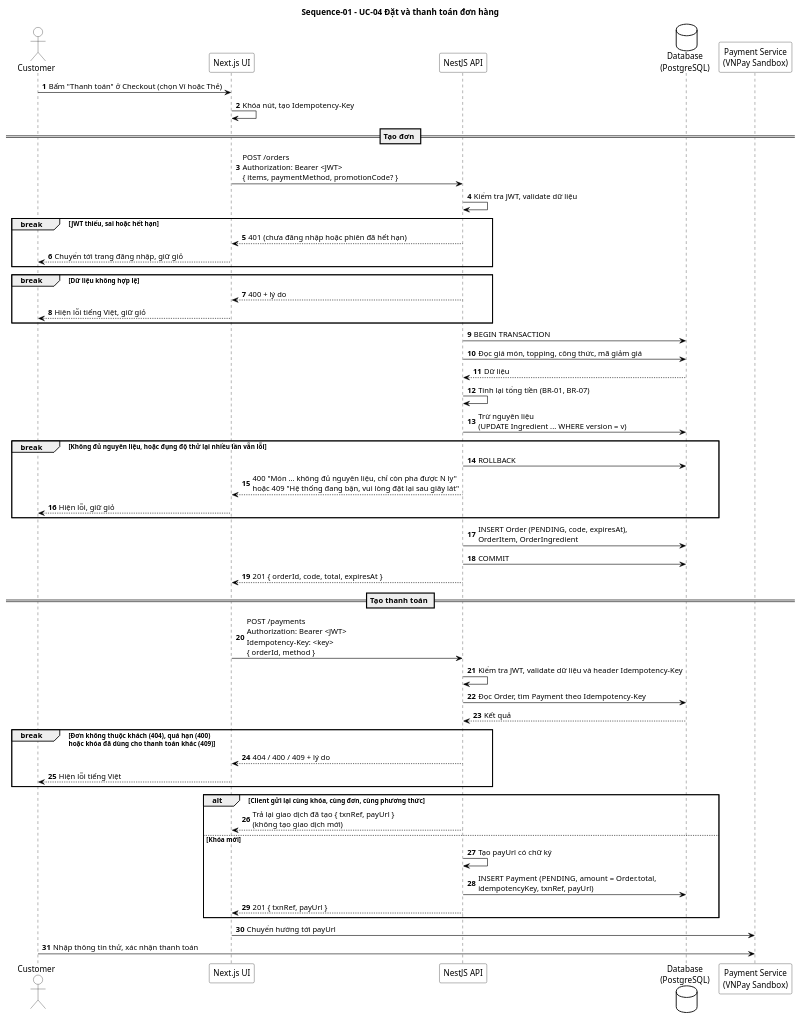
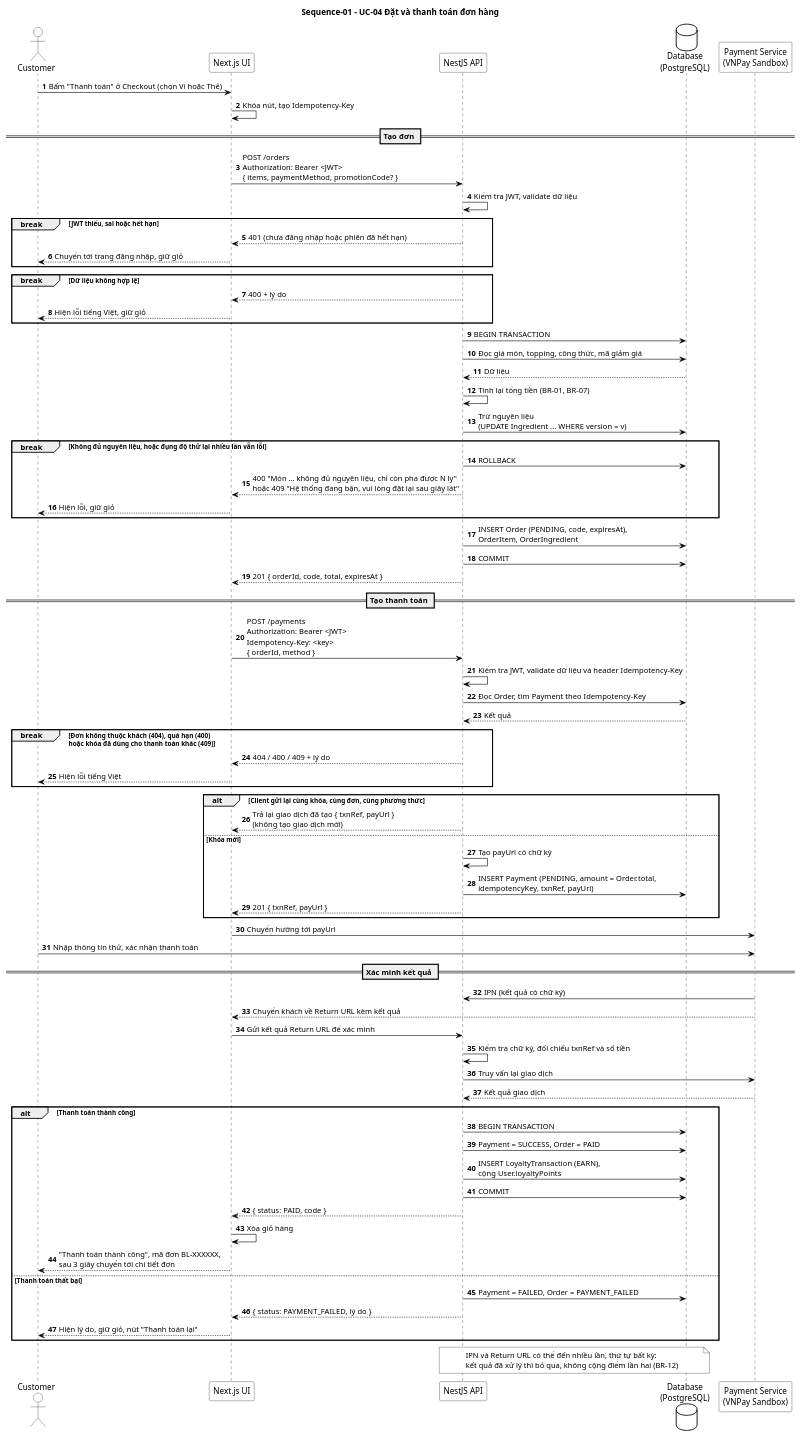
One commit to phi10hung/brewlite-ass2 changed the diagram in docs/diagrams/sequence-checkout.puml. Above: the diagram before and after it, drawn with PlantUML. The commit also changed 1 other file, not shown here.

Commit message:
docs: thêm bước xác minh kết quả thanh toán vào sequence diagram

```diff
--- a/docs/diagrams/sequence-checkout.puml
+++ b/docs/diagrams/sequence-checkout.puml
@@ -1,71 +1,96 @@
 @startuml sequence-checkout
 title Sequence-01 – UC-04 Đặt và thanh toán đơn hàng
 skinparam shadowing false
 skinparam ArrowColor black
 skinparam ParticipantBackgroundColor white
 skinparam ParticipantBorderColor black
 skinparam ActorBackgroundColor white
 skinparam ActorBorderColor black
 skinparam DatabaseBackgroundColor white
 skinparam DatabaseBorderColor black
 skinparam SequenceLifeLineBorderColor black
 skinparam SequenceGroupBorderColor black
 skinparam SequenceGroupHeaderBackgroundColor white
 skinparam NoteBackgroundColor white
 skinparam NoteBorderColor black
 autonumber
 skinparam sequenceMessageAlign left
 
 actor "Customer" as C
 participant "Next.js UI" as UI
 participant "NestJS API" as API
 database "Database\n(PostgreSQL)" as DB
 participant "Payment Service\n(VNPay Sandbox)" as PAY
 
 C -> UI : Bấm "Thanh toán" ở Checkout (chọn Ví hoặc Thẻ)
 UI -> UI : Khóa nút, tạo Idempotency-Key
 
 == Tạo đơn ==
 UI -> API : POST /orders\nAuthorization: Bearer <JWT>\n{ items, paymentMethod, promotionCode? }
 API -> API : Kiểm tra JWT, validate dữ liệu
 break JWT thiếu, sai hoặc hết hạn
   API --> UI : 401 (chưa đăng nhập hoặc phiên đã hết hạn)
   UI --> C : Chuyển tới trang đăng nhập, giữ giỏ
 end
 break Dữ liệu không hợp lệ
   API --> UI : 400 + lý do
   UI --> C : Hiện lỗi tiếng Việt, giữ giỏ
 end
 API -> DB : BEGIN TRANSACTION
 API -> DB : Đọc giá món, topping, công thức, mã giảm giá
 DB --> API : Dữ liệu
 API -> API : Tính lại tổng tiền (BR-01, BR-07)
 API -> DB : Trừ nguyên liệu\n(UPDATE Ingredient ... WHERE version = v)
 break Không đủ nguyên liệu, hoặc đụng độ thử lại nhiều lần vẫn lỗi
   API -> DB : ROLLBACK
   API --> UI : 400 "Món … không đủ nguyên liệu, chỉ còn pha được N ly"\nhoặc 409 "Hệ thống đang bận, vui lòng đặt lại sau giây lát"
   UI --> C : Hiện lỗi, giữ giỏ
 end
 API -> DB : INSERT Order (PENDING, code, expiresAt),\nOrderItem, OrderIngredient
 API -> DB : COMMIT
 API --> UI : 201 { orderId, code, total, expiresAt }
 
 == Tạo thanh toán ==
 UI -> API : POST /payments\nAuthorization: Bearer <JWT>\nIdempotency-Key: <key>\n{ orderId, method }
 API -> API : Kiểm tra JWT, validate dữ liệu và header Idempotency-Key
 API -> DB : Đọc Order, tìm Payment theo Idempotency-Key
 DB --> API : Kết quả
 break Đơn không thuộc khách (404), quá hạn (400)\nhoặc khóa đã dùng cho thanh toán khác (409)
   API --> UI : 404 / 400 / 409 + lý do
   UI --> C : Hiện lỗi tiếng Việt
 end
 alt Client gửi lại cùng khóa, cùng đơn, cùng phương thức
   API --> UI : Trả lại giao dịch đã tạo { txnRef, payUrl }\n(không tạo giao dịch mới)
 else Khóa mới
   API -> API : Tạo payUrl có chữ ký
   API -> DB : INSERT Payment (PENDING, amount = Order.total,\nidempotencyKey, txnRef, payUrl)
   API --> UI : 201 { txnRef, payUrl }
 end
 UI -> PAY : Chuyển hướng tới payUrl
 C -> PAY : Nhập thông tin thử, xác nhận thanh toán
+
+== Xác minh kết quả ==
+PAY -> API : IPN (kết quả có chữ ký)
+PAY --> UI : Chuyển khách về Return URL kèm kết quả
+UI -> API : Gửi kết quả Return URL để xác minh
+API -> API : Kiểm tra chữ ký, đối chiếu txnRef và số tiền
+API -> PAY : Truy vấn lại giao dịch
+PAY --> API : Kết quả giao dịch
+alt Thanh toán thành công
+  API -> DB : BEGIN TRANSACTION
+  API -> DB : Payment = SUCCESS, Order = PAID
+  API -> DB : INSERT LoyaltyTransaction (EARN),\ncộng User.loyaltyPoints
+  API -> DB : COMMIT
+  API --> UI : { status: PAID, code }
+  UI -> UI : Xóa giỏ hàng
+  UI --> C : "Thanh toán thành công", mã đơn BL-XXXXXX,\nsau 3 giây chuyển tới chi tiết đơn
+else Thanh toán thất bại
+  API -> DB : Payment = FAILED, Order = PAYMENT_FAILED
+  API --> UI : { status: PAYMENT_FAILED, lý do }
+  UI --> C : Hiện lý do, giữ giỏ, nút "Thanh toán lại"
+end
+note over API, DB
+  IPN và Return URL có thể đến nhiều lần, thứ tự bất kỳ:
+  kết quả đã xử lý thì bỏ qua, không cộng điểm lần hai (BR-12)
+end note
 @enduml
```
